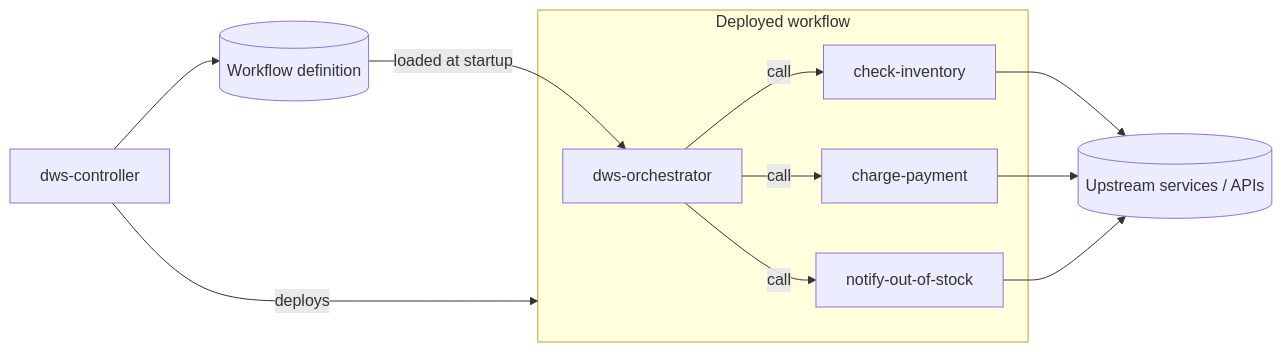
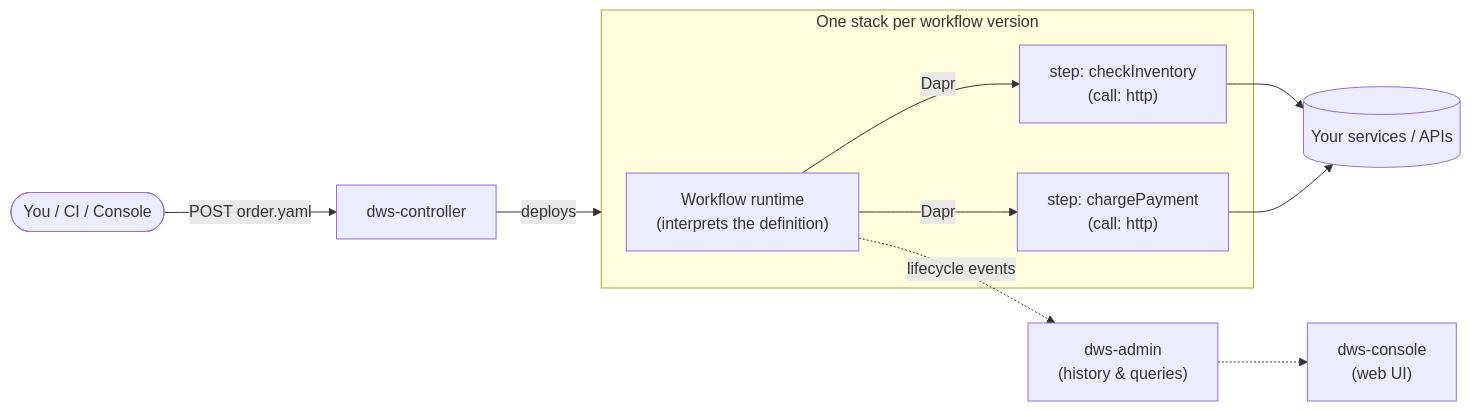
Before and after one commit to tonylibs/dapr-workflow-spec: the diagram in README.md, drawn with Mermaid. The commit also changed other lines of this file, not shown here.

````diff
--- a/README.md
+++ b/README.md
@@ -154,24 +11,14 @@
 ```mermaid
 flowchart LR
-  controller["dws-controller"]
-  definition[("Workflow definition")]
-
-  subgraph workflow["Deployed workflow"]
-    orchestrator["dws-orchestrator"]
-    step1["check-inventory"]
-    step2["charge-payment"]
-    step3["notify-out-of-stock"]
+  you(["You / CI / Console"]) -->|"POST order.yaml"| controller["dws-controller"]
+  controller -->|deploys| stack
+  subgraph stack["One stack per workflow version"]
+    orch["Workflow runtime<br/>(interprets the definition)"]
+    s1["step: checkInventory<br/>(call: http)"]
+    s2["step: chargePayment<br/>(call: http)"]
   end
-
-  upstream[("Upstream services / APIs")]
-
-  controller -->|deploys| workflow
-  controller --> definition
-  definition -->|loaded at startup| orchestrator
-  orchestrator -->|call| step1
-  orchestrator -->|call| step2
-  orchestrator -->|call| step3
-  step1 --> upstream
-  step2 --> upstream
-  step3 --> upstream
+  orch -->|Dapr| s1 & s2
+  s1 & s2 --> apis[("Your services / APIs")]
+  orch -.->|lifecycle events| admin["dws-admin<br/>(history & queries)"]
+  admin -.-> console["dws-console<br/>(web UI)"]
 ```
````
